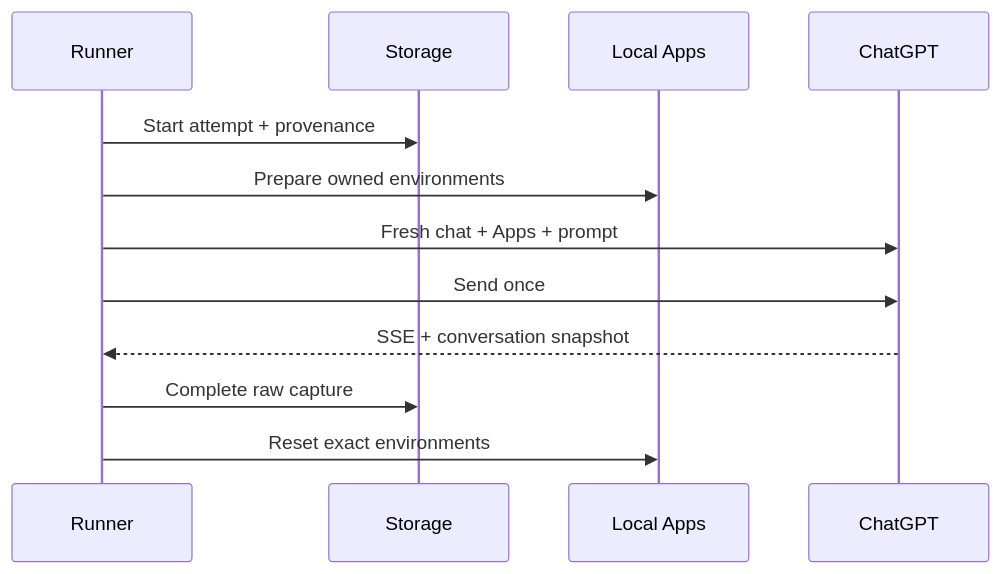
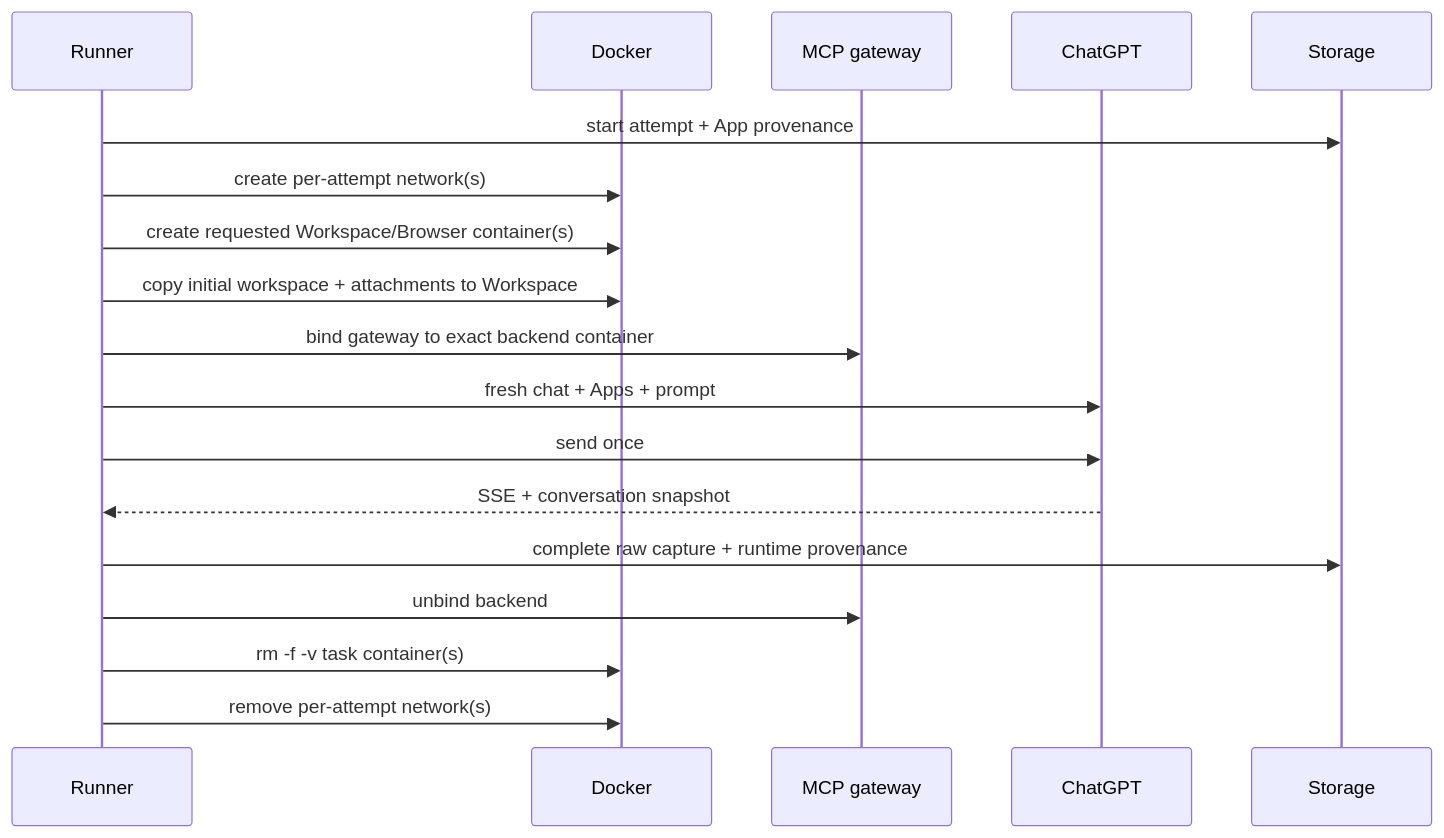
Before and after one commit to Subzero710/gpt_trace_extractor_for_cyberbenchmarking: the second of 2 diagrams in docs/architecture.md, drawn with Mermaid. The commit also changed other lines of this file and 33 other files, not shown here.

Commit message:
per task containers

````diff
--- a/docs/architecture.md
+++ b/docs/architecture.md
@@ -35,14 +36,20 @@
 ```mermaid
 sequenceDiagram
     participant R as Runner
+    participant D as Docker
+    participant G as MCP gateway
+    participant C as ChatGPT
     participant S as Storage
-    participant A as Local Apps
-    participant C as ChatGPT
-    R->>S: Start attempt + provenance
-    R->>A: Prepare owned environments
-    R->>C: Fresh chat + Apps + prompt
-    R->>C: Send once
+    R->>S: start attempt + App provenance
+    R->>D: create per-attempt network(s)
+    R->>D: create requested Workspace/Browser container(s)
+    R->>D: copy initial workspace + attachments to Workspace
+    R->>G: bind gateway to exact backend container
+    R->>C: fresh chat + Apps + prompt
+    R->>C: send once
     C-->>R: SSE + conversation snapshot
-    R->>S: Complete raw capture
-    R->>A: Reset exact environments
+    R->>S: complete raw capture + runtime provenance
+    R->>G: unbind backend
+    R->>D: rm -f -v task container(s)
+    R->>D: remove per-attempt network(s)
 ```
````
